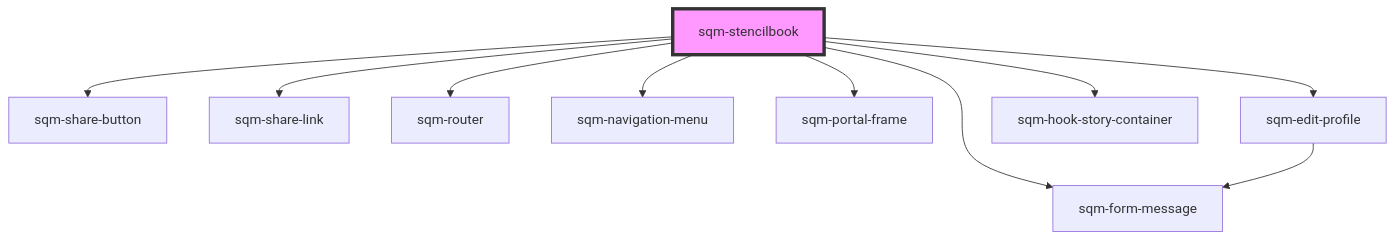
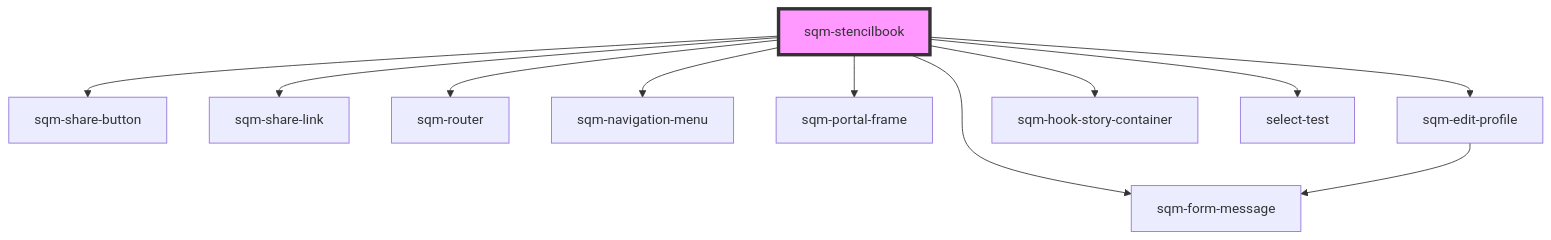
One commit to saasquatch/program-tools changed the diagram in packages/mint-components/src/components/sqm-stencilbook/readme.md. Above: the diagram before and after it, drawn with Mermaid. The commit also changed other lines of this file and 10 other files, not shown here.

Commit message:
select test and edit profile update

````diff
--- a/packages/mint-components/src/components/sqm-stencilbook/readme.md
+++ b/packages/mint-components/src/components/sqm-stencilbook/readme.md
@@ -22,13 +23,14 @@
 ```mermaid
 graph TD;
   sqm-stencilbook --> sqm-share-button
   sqm-stencilbook --> sqm-share-link
   sqm-stencilbook --> sqm-router
   sqm-stencilbook --> sqm-navigation-menu
   sqm-stencilbook --> sqm-portal-frame
   sqm-stencilbook --> sqm-edit-profile
   sqm-stencilbook --> sqm-form-message
   sqm-stencilbook --> sqm-hook-story-container
+  sqm-stencilbook --> select-test
   sqm-edit-profile --> sqm-form-message
   style sqm-stencilbook fill:#f9f,stroke:#333,stroke-width:4px
 ```
````
